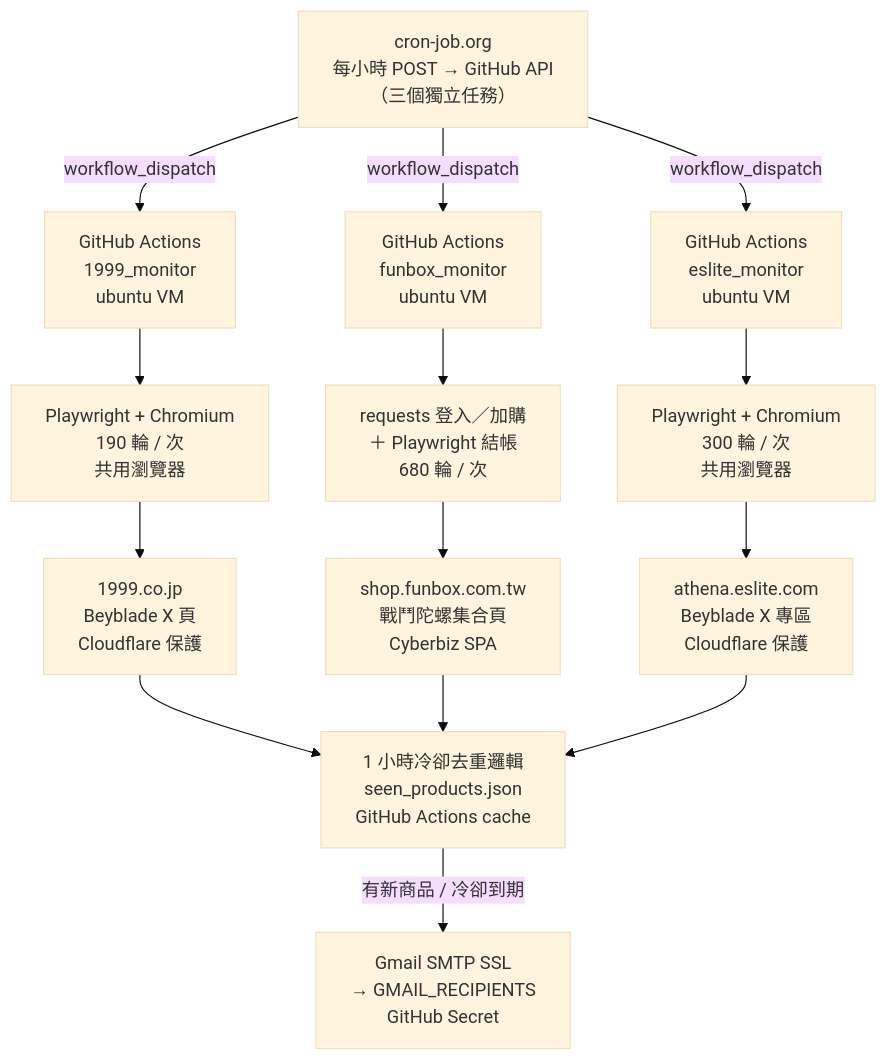
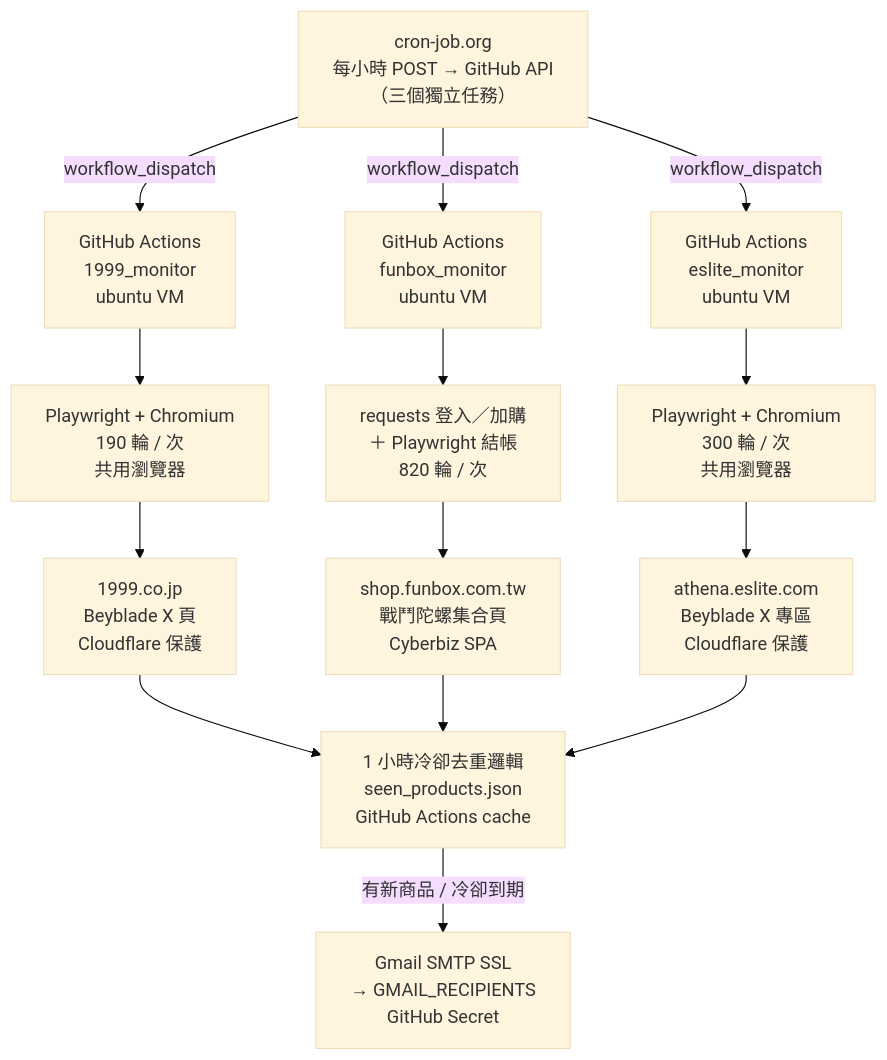
One commit to k0341055/beyblade-funbox-monitor changed the diagram in README.md. Above: the diagram before and after it, drawn with Mermaid (base theme). The commit also changed other lines of this file and 1 other file, not shown here.

````diff
--- a/README.md
+++ b/README.md
@@ -9,22 +9,22 @@
 ```mermaid
 flowchart TD
     CRON["cron-job.org\n每小時 POST → GitHub API\n（三個獨立任務）"]
 
     CRON -->|workflow_dispatch| GA1["GitHub Actions\n1999_monitor\nubuntu VM"]
     CRON -->|workflow_dispatch| GA2["GitHub Actions\nfunbox_monitor\nubuntu VM"]
     CRON -->|workflow_dispatch| GA3["GitHub Actions\neslite_monitor\nubuntu VM"]
 
     GA1 --> PW1["Playwright + Chromium\n190 輪 / 次\n共用瀏覽器"]
-    GA2 --> REQ["requests 登入／加購\n＋ Playwright 結帳\n680 輪 / 次"]
+    GA2 --> REQ["requests 登入／加購\n＋ Playwright 結帳\n820 輪 / 次"]
     GA3 --> PW3["Playwright + Chromium\n300 輪 / 次\n共用瀏覽器"]
 
     PW1 --> SITE1["1999.co.jp\nBeyblade X 頁\nCloudflare 保護"]
     REQ --> SITE2["shop.funbox.com.tw\n戰鬥陀螺集合頁\nCyberbiz SPA"]
     PW3 --> SITE3["athena.eslite.com\nBeyblade X 專區\nCloudflare 保護"]
 
     SITE1 --> COOL["1 小時冷卻去重邏輯\nseen_products.json\nGitHub Actions cache"]
     SITE2 --> COOL
     SITE3 --> COOL
 
     COOL -->|有新商品 / 冷卻到期| MAIL["Gmail SMTP SSL\n→ GMAIL_RECIPIENTS\nGitHub Secret"]
 ```
````
